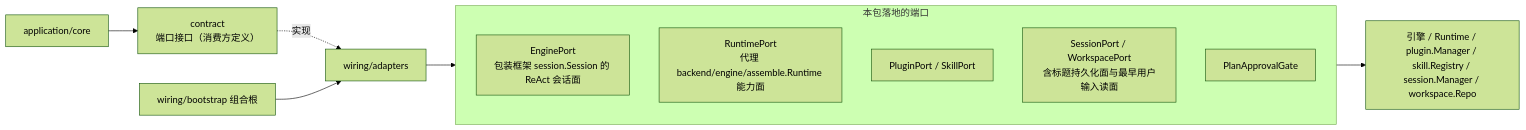
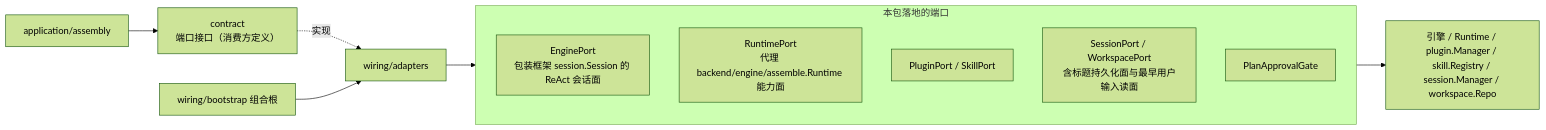
Before and after one commit to RedHuang-0622/seelex: the diagram in wiring/adapters/README.md, drawn with Mermaid (forest theme). The commit also changed other lines of this file and 941 other files, not shown here.

Commit message:
refactor(application): retire core package

````diff
--- a/wiring/adapters/README.md
+++ b/wiring/adapters/README.md
@@ -51,17 +51,17 @@
 ```mermaid
 flowchart LR
     CONTRACT["contract<br/>端口接口（消费方定义）"] -.->|实现| ADAPTERS["wiring/adapters"]
 
     subgraph PORTS["本包落地的端口"]
         E["EnginePort<br/>包装框架 session.Session 的 ReAct 会话面"]
         R["RuntimePort<br/>代理 backend/engine/assemble.Runtime 能力面"]
         P["PluginPort / SkillPort"]
         S["SessionPort / WorkspacePort<br/>含标题持久化面与最早用户输入读面"]
         G["PlanApprovalGate"]
     end
 
     ADAPTERS --> PORTS
     MAIN["wiring/bootstrap 组合根"] --> ADAPTERS
-    CORE["application/core"] --> CONTRACT
+    CORE["application/assembly"] --> CONTRACT
     PORTS --> EXT["引擎 / Runtime / plugin.Manager / skill.Registry / session.Manager / workspace.Repo"]
 ```
````
